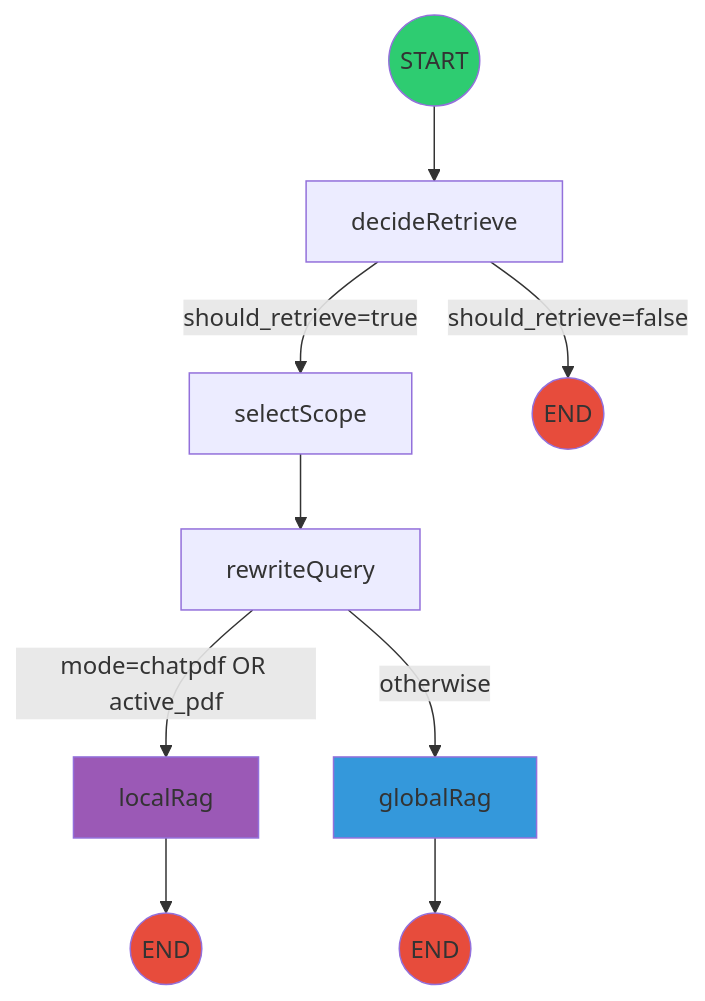
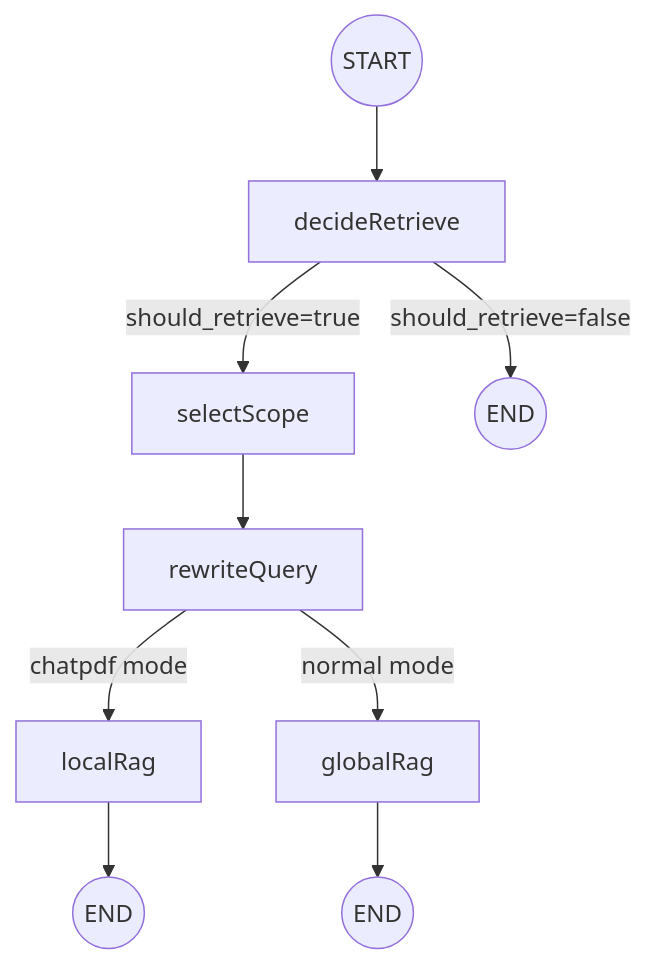
The fourth of 9 diagrams in report.md (Mariano17omega/attractor-desk-alpha), drawn with Mermaid before and after one commit. The commit also changed other lines of this file and 32 other files, not shown here.

````diff
--- a/report.md
+++ b/report.md
@@ -201,22 +186,15 @@
 ```mermaid
 flowchart TD
-    START((START)) --> decideRetrieve
+    START((START)) --> DR[decideRetrieve]
     
-    decideRetrieve --> |"should_retrieve=true"| selectScope
-    decideRetrieve --> |"should_retrieve=false"| END1((END))
+    DR -->|"should_retrieve=true"| SS[selectScope]
+    DR -->|"should_retrieve=false"| END1((END))
     
-    selectScope --> rewriteQuery
+    SS --> RQ[rewriteQuery]
     
-    rewriteQuery --> |"mode=chatpdf OR active_pdf"| localRag
-    rewriteQuery --> |"otherwise"| globalRag
+    RQ -->|"chatpdf mode"| LR[localRag]
+    RQ -->|"normal mode"| GR[globalRag]
     
-    globalRag --> END2((END))
-    localRag --> END3((END))
-    
-    style START fill:#2ecc71
-    style END1 fill:#e74c3c
-    style END2 fill:#e74c3c
-    style END3 fill:#e74c3c
-    style localRag fill:#9b59b6
-    style globalRag fill:#3498db
+    GR --> END2((END))
+    LR --> END3((END))
 ```
````
